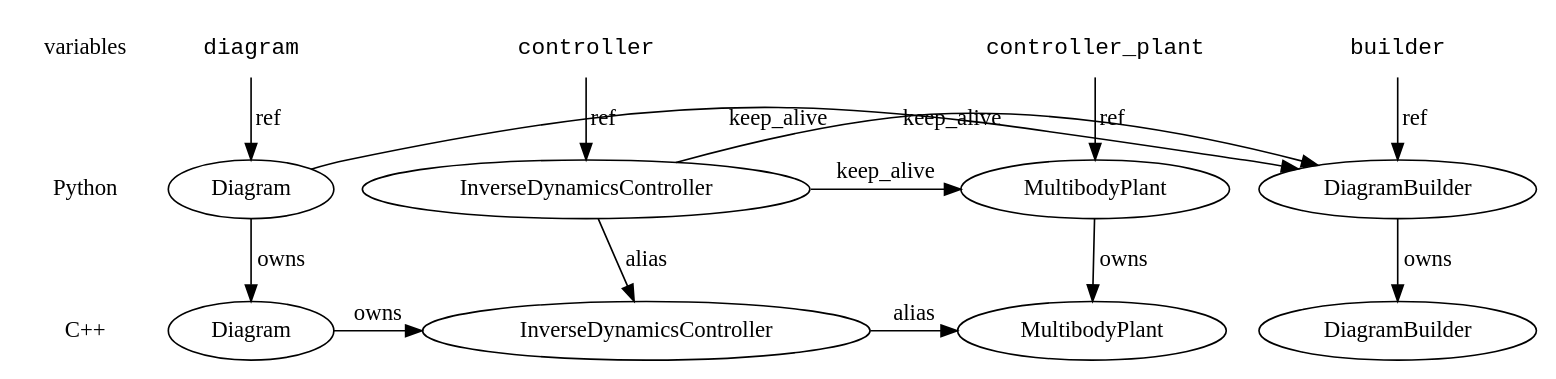
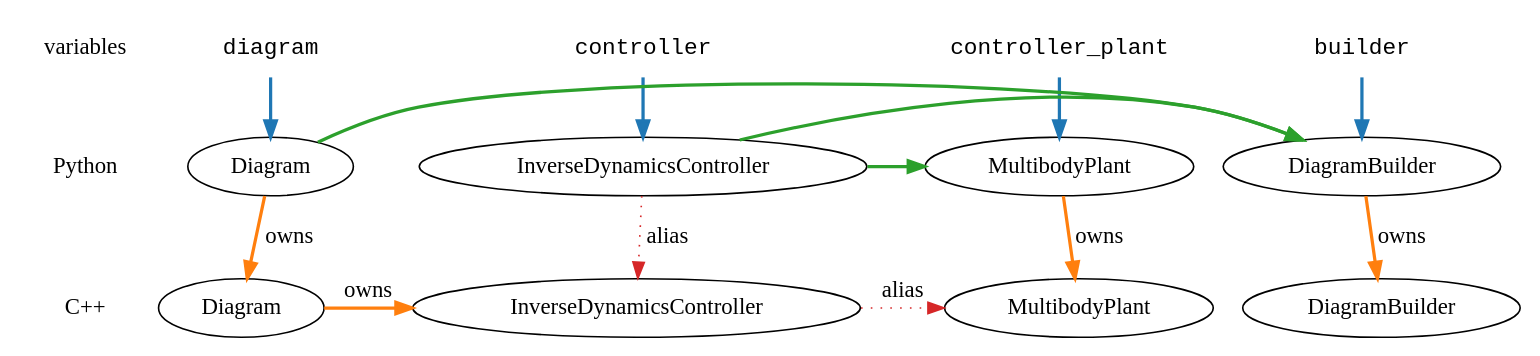
One commit to rpoyner-tri/drake changed the diagram in too-hot1.dot. Above: the diagram before and after it, drawn with Graphviz. The commit also changed 1 other file, not shown here.

Commit message:
wip: started using source-built graphviz

```diff
--- a/too-hot1.dot
+++ b/too-hot1.dot
@@ -1,43 +1,54 @@
 digraph G {
-
+concentrate=true;
 {
  node [shape=plaintext];
  edge [style=invis];
  variables -> Python -> "C++";
 }
 {
  node [shape=plaintext, fontname="Courier"];
  controller_plant; builder; controller; diagram;
 }
 
 pymbp [label="MultibodyPlant"];
 cmbp [label="MultibodyPlant"];
 pydb [label="DiagramBuilder"];
 cdb [label="DiagramBuilder"];
 pyidc [label="InverseDynamicsController"];
 cidc [label="InverseDynamicsController"];
 pydgm [label="Diagram"];
 cdgm [label="Diagram"];
 
 { rank = same; variables; controller_plant; builder; controller; diagram; }
 { rank = same; Python; pymbp; pydb; pyidc; pydgm; }
 { rank = same; "C++"; cmbp; cdb; cidc; cdgm; }
 
- controller_plant -> pymbp [label="ref"];
- pymbp -> cmbp [label="owns"];
+{
+ edge [color="#1F77B4", style=bold];
+ controller_plant -> pymbp;
+ builder -> pydb;
+ diagram -> pydgm;
+ controller -> pyidc;
+}
 
- builder -> pydb [label="ref"];
- pydb -> cdb [label="owns"];
+{
+ edge [color="#FF7F0E", style=bold, label="owns"];
+ pydb -> cdb;
+ pymbp -> cmbp;
+ pydgm -> cdgm;
+ cdgm -> cidc;
+}
 
- diagram -> pydgm [label="ref"];
- pydgm -> cdgm [label="owns"];
- cdgm -> cidc [label="owns"];
+{
+ edge [color="#2CA02C", style=bold];
+ pyidc -> pydb;
+ pyidc -> pymbp;
+ pydgm -> pydb;
+}
 
- controller -> pyidc [label="ref"];
- pyidc -> cidc [label="alias"];
- pyidc -> pydb [label="keep_alive"];
- pyidc -> pymbp [label="keep_alive"];
- pydgm -> pydb [label="keep_alive"];
-
- cidc -> cmbp [label="alias"];
+{
+ edge [color="#D62728", style=dotted, label="alias"];
+ pyidc -> cidc;
+ cidc -> cmbp;
 }
+}
```
